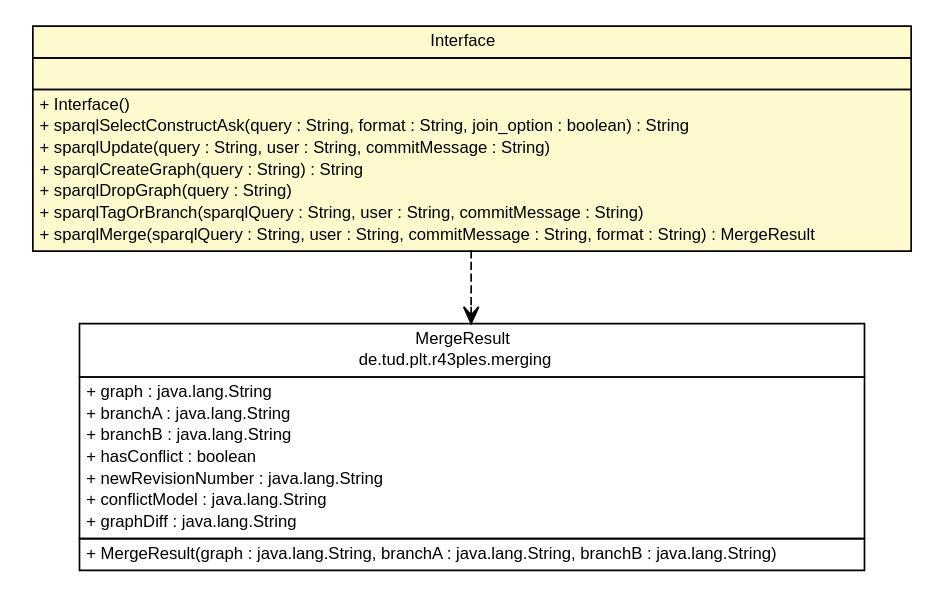
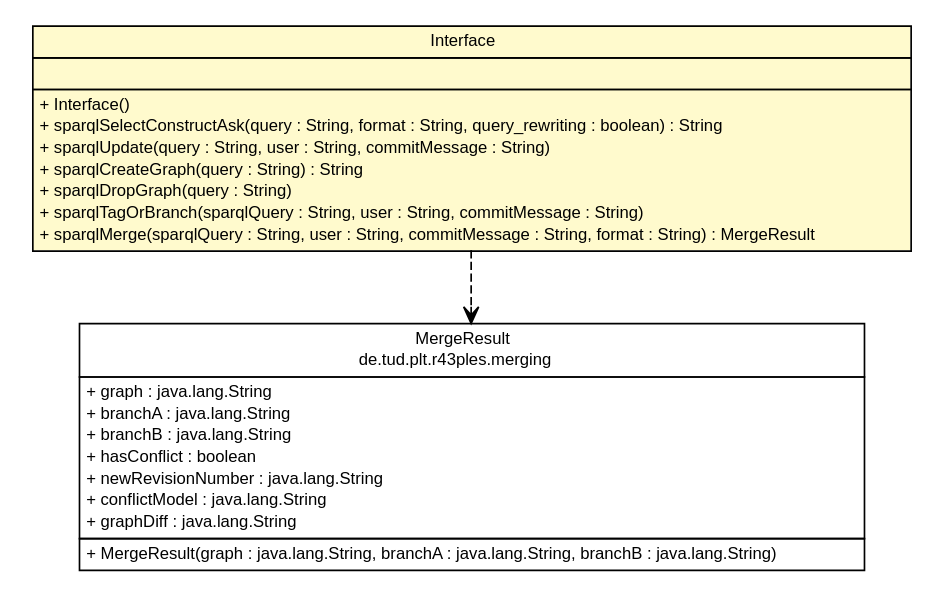
Before and after one commit to adrianorzyszek/r43ples: the diagram in site/apidocs/de/tud/plt/r43ples/management/Interface.dot, drawn with Graphviz. The commit also changed 313 other files, not shown here.

```diff
--- a/site/apidocs/de/tud/plt/r43ples/management/Interface.dot
+++ b/site/apidocs/de/tud/plt/r43ples/management/Interface.dot
@@ -1,51 +1,51 @@
 #!/usr/local/bin/dot
 #
 # Class diagram 
 # Generated by UMLGraph version R5_6-24-gf6e263 (http://www.umlgraph.org/)
 #
 
 digraph G {
 	edge [fontname="Helvetica",fontsize=10,labelfontname="Helvetica",labelfontsize=10];
 	node [fontname="Helvetica",fontsize=10,shape=plaintext];
 	nodesep=0.25;
 	ranksep=0.5;
 	// de.tud.plt.r43ples.management.Interface
 	c2872 [label=<<table title="de.tud.plt.r43ples.management.Interface" border="0" cellborder="1" cellspacing="0" cellpadding="2" port="p" bgcolor="lemonChiffon" href="./Interface.html">
 		<tr><td><table border="0" cellspacing="0" cellpadding="1">
 <tr><td align="center" balign="center"> Interface </td></tr>
 		</table></td></tr>
 		<tr><td><table border="0" cellspacing="0" cellpadding="1">
 <tr><td align="left" balign="left">  </td></tr>
 		</table></td></tr>
 		<tr><td><table border="0" cellspacing="0" cellpadding="1">
 <tr><td align="left" balign="left"> + Interface() </td></tr>
-<tr><td align="left" balign="left"> + sparqlSelectConstructAsk(query : String, format : String, join_option : boolean) : String </td></tr>
+<tr><td align="left" balign="left"> + sparqlSelectConstructAsk(query : String, format : String, query_rewriting : boolean) : String </td></tr>
 <tr><td align="left" balign="left"> + sparqlUpdate(query : String, user : String, commitMessage : String) </td></tr>
 <tr><td align="left" balign="left"> + sparqlCreateGraph(query : String) : String </td></tr>
 <tr><td align="left" balign="left"> + sparqlDropGraph(query : String) </td></tr>
 <tr><td align="left" balign="left"> + sparqlTagOrBranch(sparqlQuery : String, user : String, commitMessage : String) </td></tr>
 <tr><td align="left" balign="left"> + sparqlMerge(sparqlQuery : String, user : String, commitMessage : String, format : String) : MergeResult </td></tr>
 		</table></td></tr>
 		</table>>, URL="./Interface.html", fontname="Helvetica", fontcolor="black", fontsize=10.0];
 	// de.tud.plt.r43ples.merging.MergeResult
 	c2881 [label=<<table title="de.tud.plt.r43ples.merging.MergeResult" border="0" cellborder="1" cellspacing="0" cellpadding="2" port="p" href="../merging/MergeResult.html">
 		<tr><td><table border="0" cellspacing="0" cellpadding="1">
 <tr><td align="center" balign="center"> MergeResult </td></tr>
 <tr><td align="center" balign="center"> de.tud.plt.r43ples.merging </td></tr>
 		</table></td></tr>
 		<tr><td><table border="0" cellspacing="0" cellpadding="1">
 <tr><td align="left" balign="left"> + graph : java.lang.String </td></tr>
 <tr><td align="left" balign="left"> + branchA : java.lang.String </td></tr>
 <tr><td align="left" balign="left"> + branchB : java.lang.String </td></tr>
 <tr><td align="left" balign="left"> + hasConflict : boolean </td></tr>
 <tr><td align="left" balign="left"> + newRevisionNumber : java.lang.String </td></tr>
 <tr><td align="left" balign="left"> + conflictModel : java.lang.String </td></tr>
 <tr><td align="left" balign="left"> + graphDiff : java.lang.String </td></tr>
 		</table></td></tr>
 		<tr><td><table border="0" cellspacing="0" cellpadding="1">
 <tr><td align="left" balign="left"> + MergeResult(graph : java.lang.String, branchA : java.lang.String, branchB : java.lang.String) </td></tr>
 		</table></td></tr>
 		</table>>, URL="../merging/MergeResult.html", fontname="Helvetica", fontcolor="black", fontsize=10.0];
 	// de.tud.plt.r43ples.management.Interface DEPEND de.tud.plt.r43ples.merging.MergeResult
 	c2872:p -> c2881:p [taillabel="", label="", headlabel="", fontname="Helvetica", fontcolor="black", fontsize=10.0, color="black", arrowhead=open, style=dashed];
 }
```
